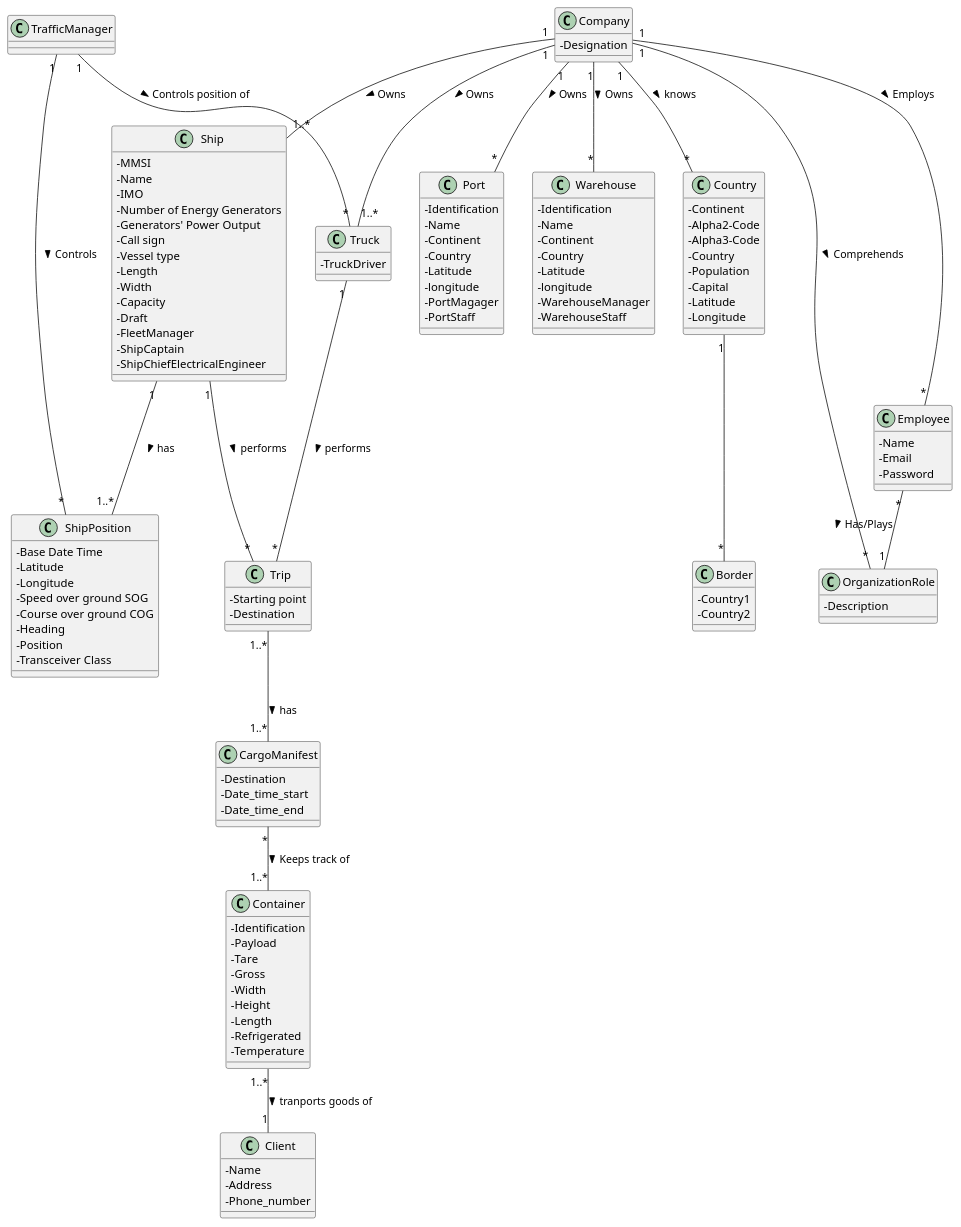
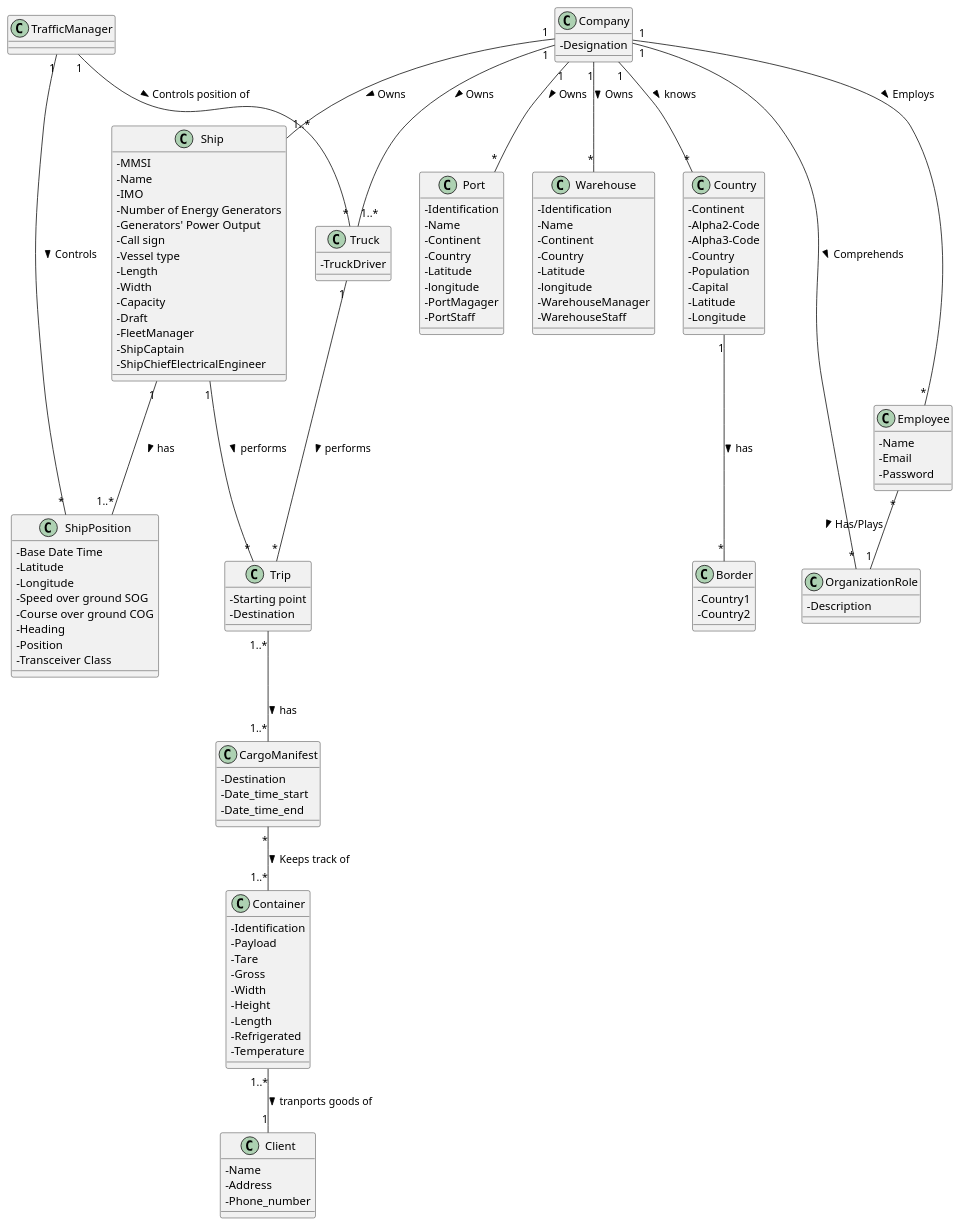
Before and after one commit to 1190772/LAB-Project-3: the diagram in docs/Sprint 3/Domain Model/Domain Model.puml, drawn with PlantUML. The commit also changed 4 other files, not shown here.

```diff
--- a/docs/Sprint 3/Domain Model/Domain Model.puml
+++ b/docs/Sprint 3/Domain Model/Domain Model.puml
@@ -1,140 +1,140 @@
 @startuml
 'https://plantuml.com/class-diagram
 
 skinparam classAttributeIconSize 0
 
 class Company {
 -Designation
 }
 
 class Container {
 -Identification
 -Payload
 -Tare
 -Gross
 -Width
 -Height
 -Length
 -Refrigerated
 -Temperature
 }
 
 class Ship {
 -MMSI
 -Name
 -IMO
 -Number of Energy Generators
 -Generators' Power Output
 -Call sign
 -Vessel type
 -Length
 -Width
 -Capacity
 -Draft
 -FleetManager
 -ShipCaptain
 -ShipChiefElectricalEngineer
 }
 
 class ShipPosition {
 -Base Date Time
 -Latitude
 -Longitude
 -Speed over ground SOG
 -Course over ground COG
 -Heading
 -Position
 -Transceiver Class
 }
 
 class Truck {
 -TruckDriver
 }
 
 class Client {
 -Name
 -Address
 -Phone_number
 }
 
 class Port {
 -Identification
 -Name
 -Continent
 -Country
 -Latitude
 -longitude
 -PortMagager
 -PortStaff
 }
 
 class Warehouse {
 -Identification
 -Name
 -Continent
 -Country
 -Latitude
 -longitude
 -WarehouseManager
 -WarehouseStaff
 }
 
 class Employee {
 -Name
 -Email
 -Password
 }
 
 class OrganizationRole {
 -Description
 }
 
 class TrafficManager
 
 class CargoManifest {
 -Destination
 -Date_time_start
 -Date_time_end
 }
 
 class Trip {
 -Starting point
 -Destination
 }
 
 class Country {
 -Continent
 -Alpha2-Code
 -Alpha3-Code
 -Country
 -Population
 -Capital
 -Latitude
 -Longitude
 }
 
 class Border {
 -Country1
 -Country2
 }
 
 Company "1" -- "1..*" Ship : Owns >
 Company "1" -- "1..*" Truck : Owns >
 Company "1" -- "*" Port : Owns >
 Company "1" -- "*" Warehouse : Owns >
 Company "1" -- "*" Employee : Employs >
 Company "1" --- "*" OrganizationRole : Comprehends >
 Company "1" -- "*" Country : knows >
 Employee "*" - "1" OrganizationRole : Has/Plays >
 Ship "1" -- "*" Trip : performs >
 Trip "1..*" -- "1..*" CargoManifest : has >
 Ship "1" -- "1..*" ShipPosition : has >
 TrafficManager "1" - "*" ShipPosition : Controls >
 TrafficManager "1" -- "*" Truck : Controls position of >
 Truck "1" -- "*" Trip : performs >
 CargoManifest "*" -- "1..*" Container : Keeps track of >
 Container "1..*" -- "1" Client : tranports goods of >
-Country "1" -- "*" Border
+Country "1" -- "*" Border : has >
 
 
 @enduml
```
